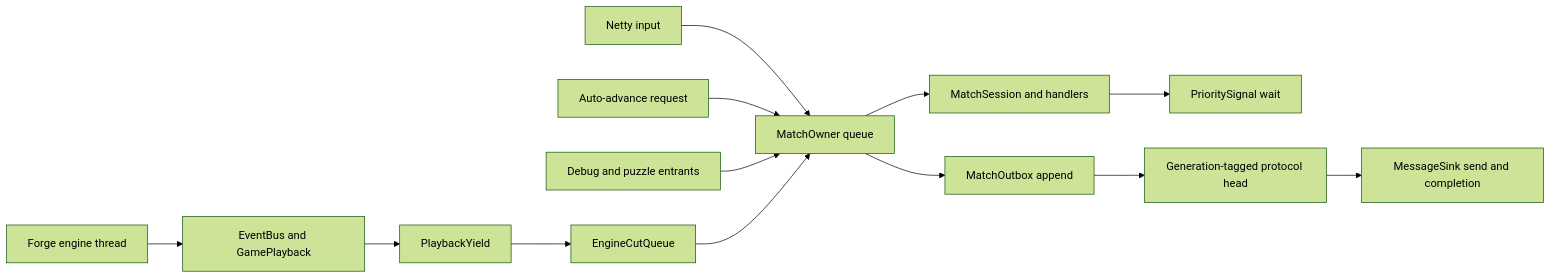
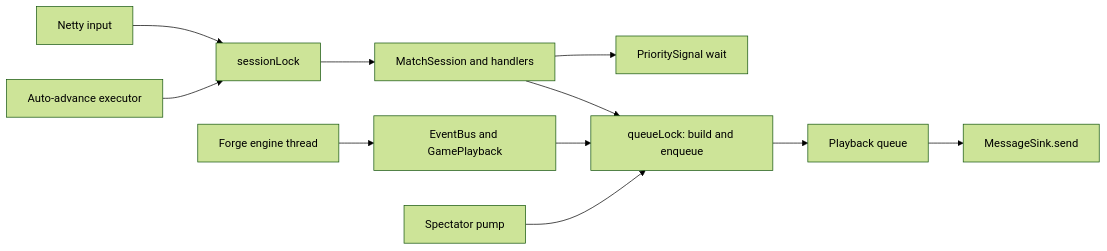
The first of 2 diagrams in docs/bridge-threading.md (delebedev/leyline), drawn with Mermaid (forest theme) before and after one commit. The commit also changed other lines of this file and 148 other files, not shown here.

````diff
--- a/docs/bridge-threading.md
+++ b/docs/bridge-threading.md
@@ -102,16 +55,14 @@
 ```mermaid
 flowchart LR
-    N[Netty input] --> OWNER[MatchOwner queue]
-    A[Auto-advance request] --> OWNER
-    D[Debug and puzzle entrants] --> OWNER
-    OWNER --> MS[MatchSession and handlers]
+    N[Netty input] --> SL[sessionLock]
+    A[Auto-advance executor] --> SL
+    SL --> MS[MatchSession and handlers]
     MS --> WAIT[PrioritySignal wait]
 
     E[Forge engine thread] --> EVT[EventBus and GamePlayback]
-    EVT --> Y[PlaybackYield]
-    Y --> CUT[EngineCutQueue]
-    CUT --> OWNER
-    OWNER --> OUTBOX[MatchOutbox append]
-    OUTBOX --> HEAD[Generation-tagged protocol head]
-    HEAD --> SEND[MessageSink send and completion]
+    EVT --> QL[queueLock: build and enqueue]
+    MS --> QL
+    SP[Spectator pump] --> QL
+    QL --> Q[Playback queue]
+    Q --> SEND[MessageSink.send]
 ```
````
